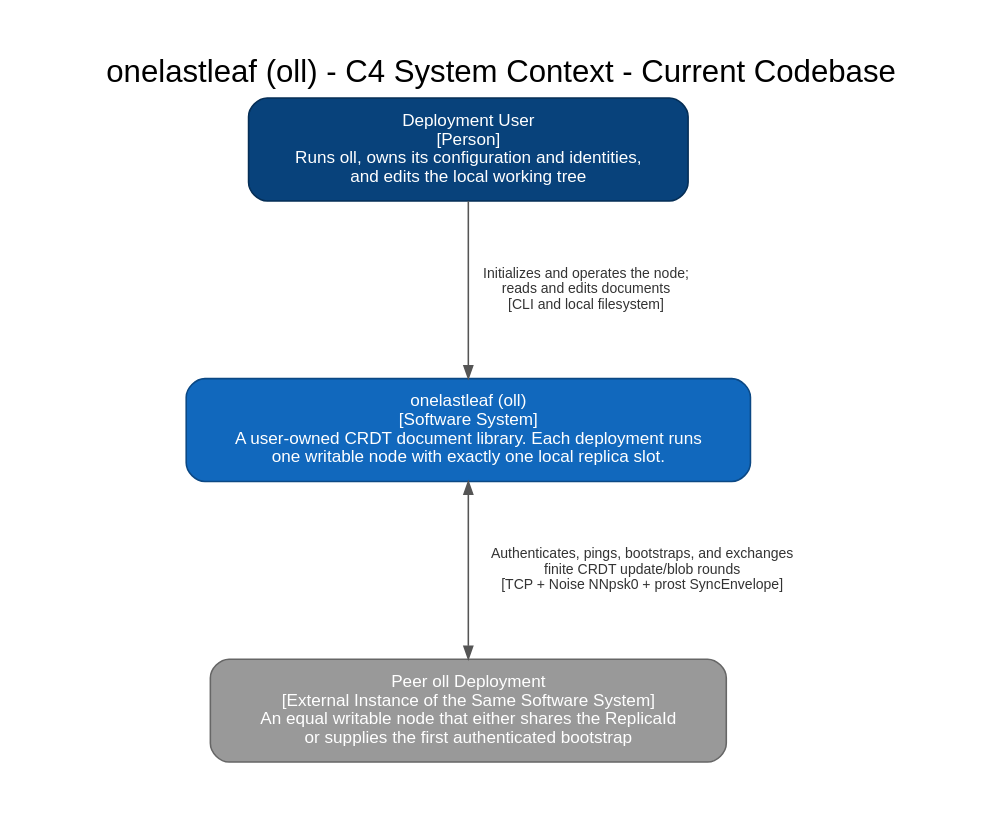
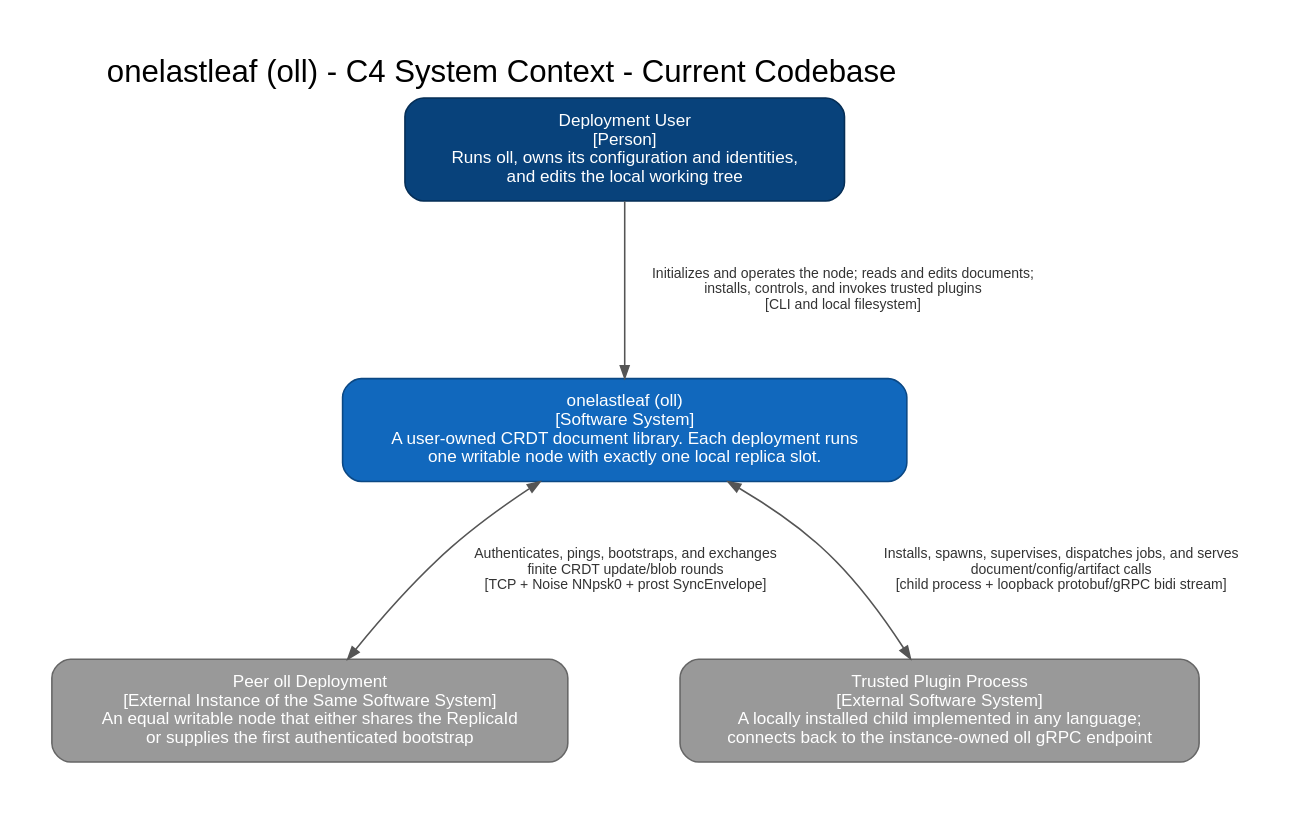
Before and after one commit to onelastleaf/onelastleaf: the diagram in docs/c4-architecture/system-context.dot, drawn with Graphviz. The commit also changed 186 other files, not shown here.

```diff
--- a/docs/c4-architecture/system-context.dot
+++ b/docs/c4-architecture/system-context.dot
@@ -1,49 +1,59 @@
 // C4 system-context model derived from the production code in src/.
-// Plugin and job CLI/protobuf declarations are omitted because the current
-// executable has no production handler or runtime component for them.
 
 digraph C4_System_Context {
   graph [
     label="onelastleaf (oll) - C4 System Context - Current Codebase",
     labelloc=t,
     labeljust=l,
     fontsize=20,
     fontname="Helvetica",
     bgcolor="white",
     pad=0.35,
     nodesep=1.0,
     ranksep=1.15
   ];
   node [shape=box, style="rounded,filled", fontname="Helvetica", fontsize=11, margin="0.18,0.12"];
   edge [fontname="Helvetica", fontsize=9, color="#555555", fontcolor="#333333", arrowsize=0.8];
 
   deployment_user [
     label="Deployment User\n[Person]\nRuns oll, owns its configuration and identities,\nand edits the local working tree",
     fillcolor="#08427B",
     fontcolor="white",
     color="#052E56"
   ];
 
   oll [
     label="onelastleaf (oll)\n[Software System]\nA user-owned CRDT document library. Each deployment runs\none writable node with exactly one local replica slot.",
     fillcolor="#1168BD",
     fontcolor="white",
     color="#0B4884"
   ];
 
   peer_oll [
     label="Peer oll Deployment\n[External Instance of the Same Software System]\nAn equal writable node that either shares the ReplicaId\nor supplies the first authenticated bootstrap",
     fillcolor="#999999",
     fontcolor="white",
     color="#666666"
   ];
 
+  plugin_process [
+    label="Trusted Plugin Process\n[External Software System]\nA locally installed child implemented in any language;\nconnects back to the instance-owned oll gRPC endpoint",
+    fillcolor="#999999",
+    fontcolor="white",
+    color="#666666"
+  ];
+
   deployment_user -> oll [
-    label="Initializes and operates the node;\nreads and edits documents\n[CLI and local filesystem]"
+    label="Initializes and operates the node; reads and edits documents;\ninstalls, controls, and invokes trusted plugins\n[CLI and local filesystem]"
   ];
 
   oll -> peer_oll [
     dir=both,
     label="Authenticates, pings, bootstraps, and exchanges\nfinite CRDT update/blob rounds\n[TCP + Noise NNpsk0 + prost SyncEnvelope]"
   ];
+
+  oll -> plugin_process [
+    dir=both,
+    label="Installs, spawns, supervises, dispatches jobs, and serves\ndocument/config/artifact calls\n[child process + loopback protobuf/gRPC bidi stream]"
+  ];
 }
```
